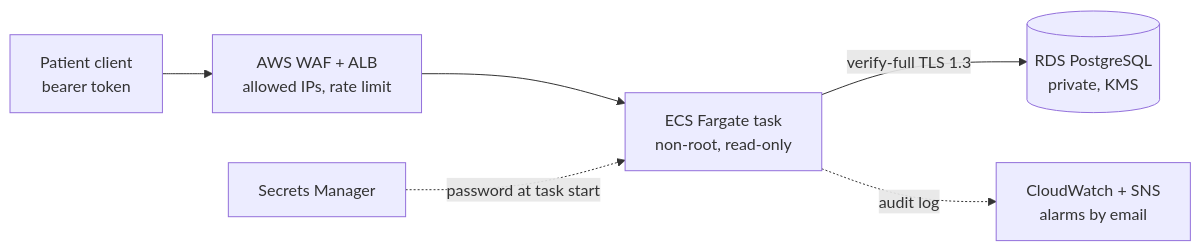
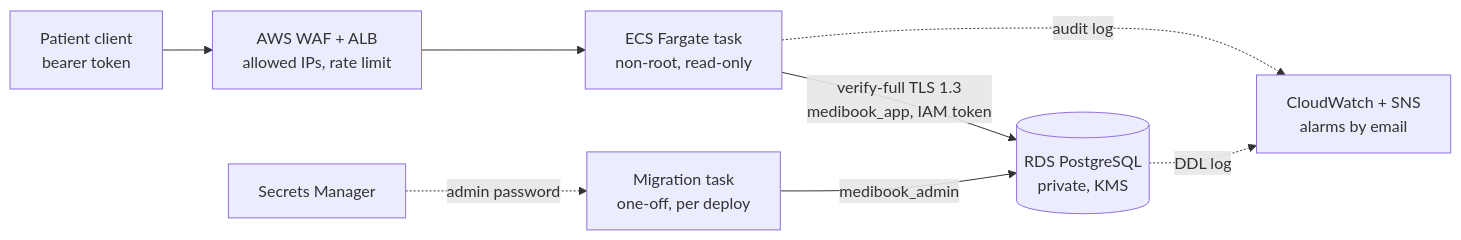
The second of 2 diagrams in docs/architecture.md (abdurahim50/medibook), drawn with Mermaid before and after one commit. The commit also changed other lines of this file and 17 other files, not shown here.

Commit message:
fix(db): least-privilege app role with IAM auth (F-8); alarm on destructive SQL (F-7)

````diff
--- a/docs/architecture.md
+++ b/docs/architecture.md
@@ -25,8 +25,10 @@
 ```mermaid
 flowchart LR
   C["Patient client<br/>bearer token"] --> W["AWS WAF + ALB<br/>allowed IPs, rate limit"]
   W --> T["ECS Fargate task<br/>non-root, read-only"]
-  T -- "verify-full TLS 1.3" --> D[("RDS PostgreSQL<br/>private, KMS")]
-  S["Secrets Manager"] -. "password at task start" .-> T
+  T -- "verify-full TLS 1.3<br/>medibook_app, IAM token" --> D[("RDS PostgreSQL<br/>private, KMS")]
+  M["Migration task<br/>one-off, per deploy"] -- "medibook_admin" --> D
+  S["Secrets Manager"] -. "admin password" .-> M
   T -. "audit log" .-> L["CloudWatch + SNS<br/>alarms by email"]
+  D -. "DDL log" .-> L
 ```
````
